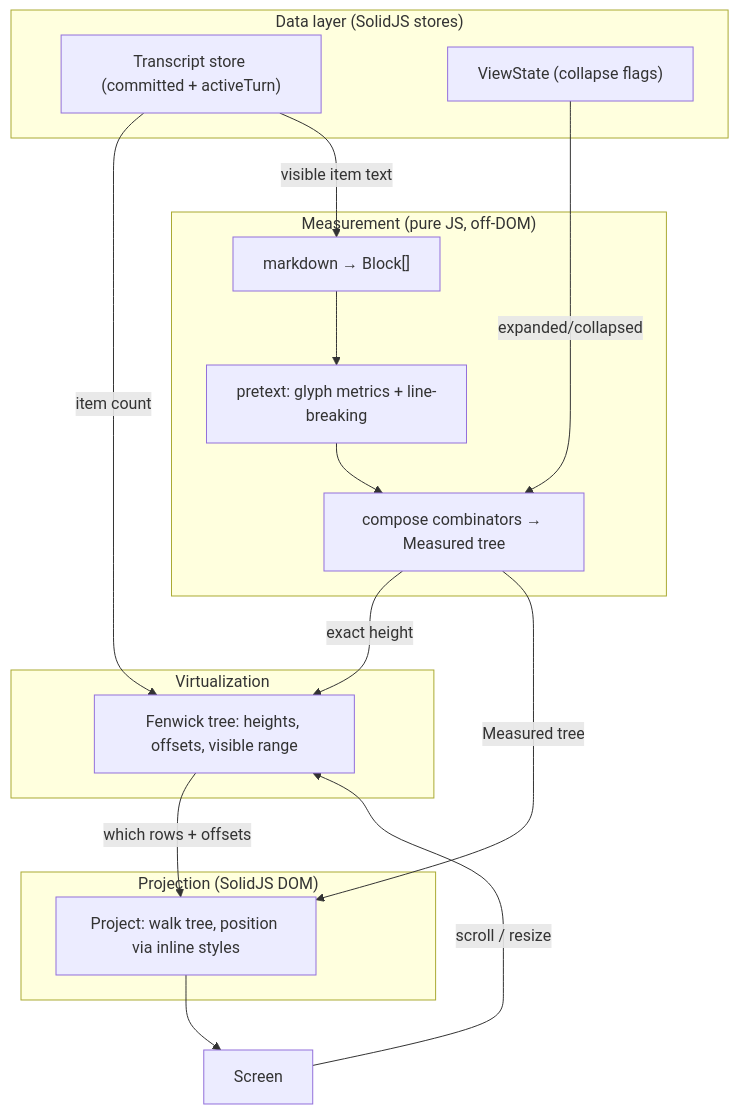
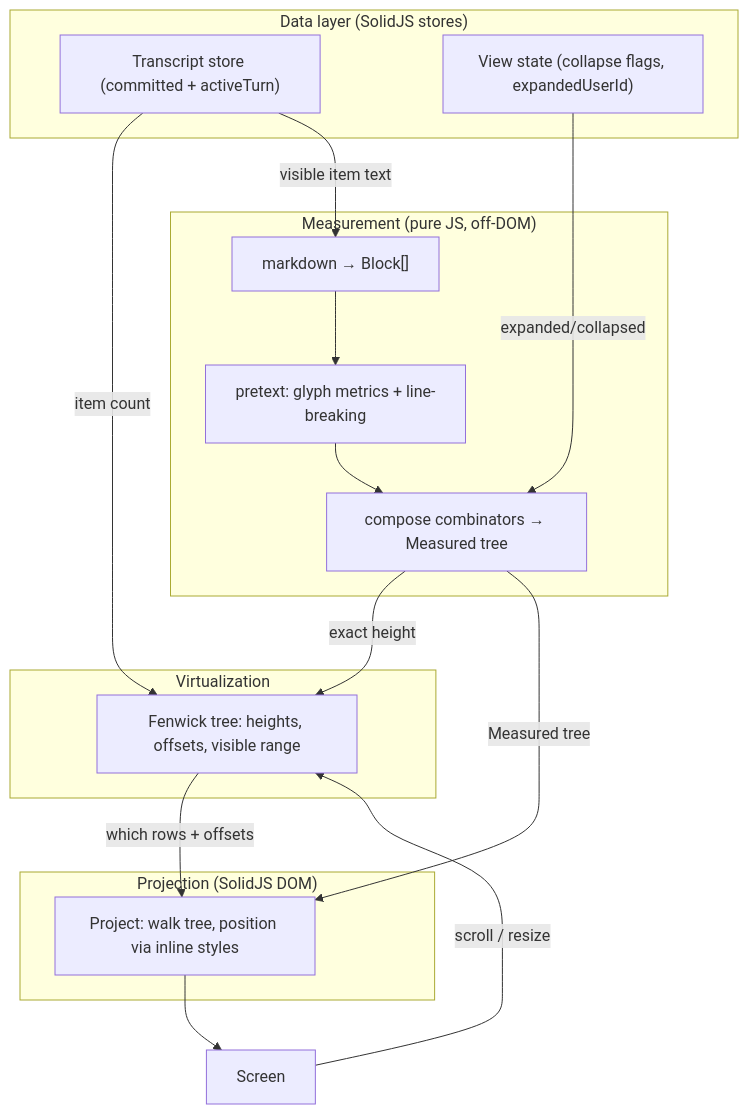
Before and after one commit to luisKisters/emdash: diagram 11 of 11 in packages/chat-ui/ARCHITECTURE.md, drawn with Mermaid. The commit also changed other lines of this file and 22 other files, not shown here.

````diff
--- a/packages/chat-ui/ARCHITECTURE.md
+++ b/packages/chat-ui/ARCHITECTURE.md
@@ -531,32 +581,32 @@
 ```mermaid
 flowchart TB
   subgraph Data["Data layer (SolidJS stores)"]
     TS["Transcript store (committed + activeTurn)"]
-    VS["ViewState (collapse flags)"]
+    VS["View state (collapse flags, expandedUserId)"]
   end
 
   subgraph MeasureLayer["Measurement (pure JS, off-DOM)"]
     Parse["markdown → Block[]"]
     PT["pretext: glyph metrics + line-breaking"]
     Comp["compose combinators → Measured tree"]
   end
 
   subgraph VirtLayer["Virtualization"]
     FT["Fenwick tree: heights, offsets, visible range"]
   end
 
   subgraph RenderLayer["Projection (SolidJS DOM)"]
     Pr["Project: walk tree, position via inline styles"]
   end
 
   TS -->|"item count"| FT
   TS -->|"visible item text"| Parse
   Parse --> PT
   PT --> Comp
   Comp -->|"exact height"| FT
   Comp -->|"Measured tree"| Pr
   VS -->|"expanded/collapsed"| Comp
   FT -->|"which rows + offsets"| Pr
   Pr --> Screen["Screen"]
   Screen -->|"scroll / resize"| FT
 ```
````
